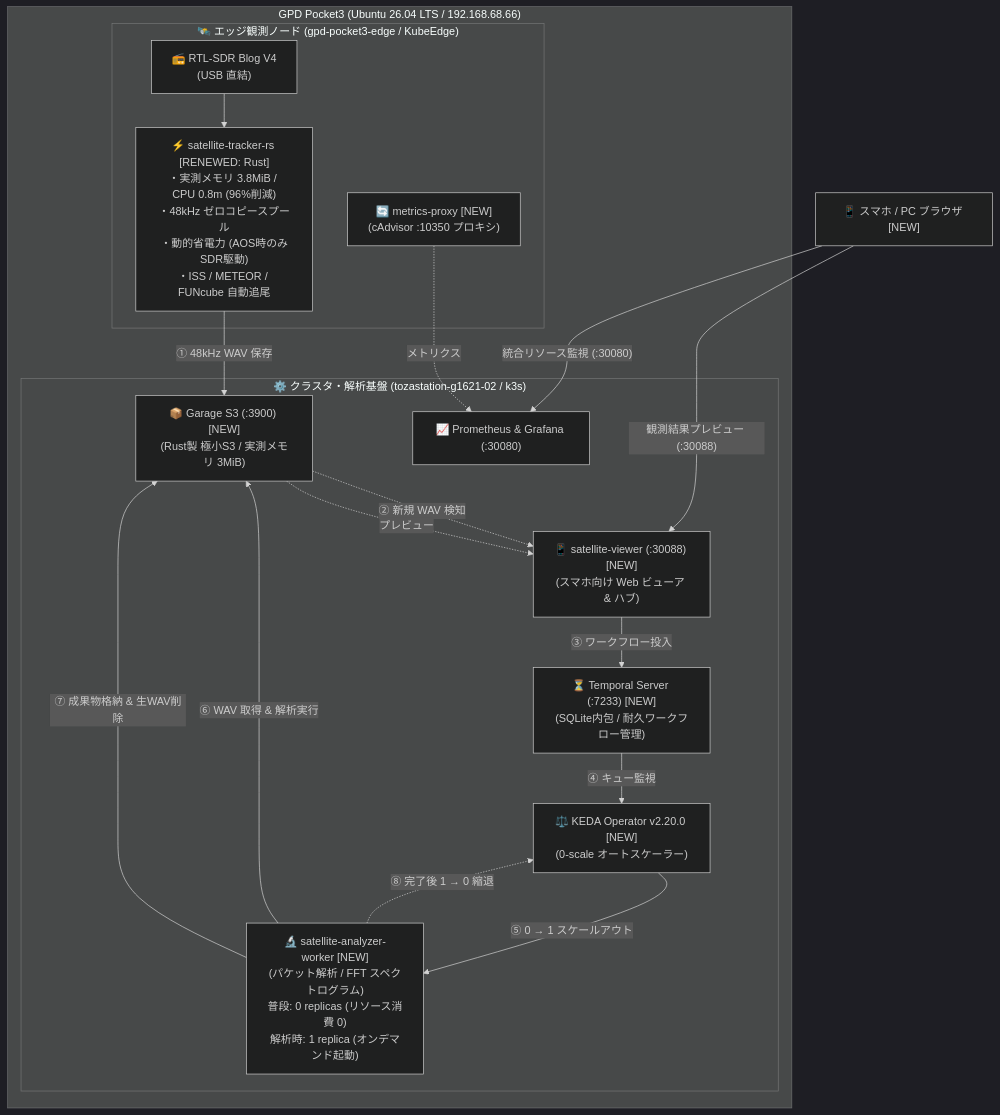
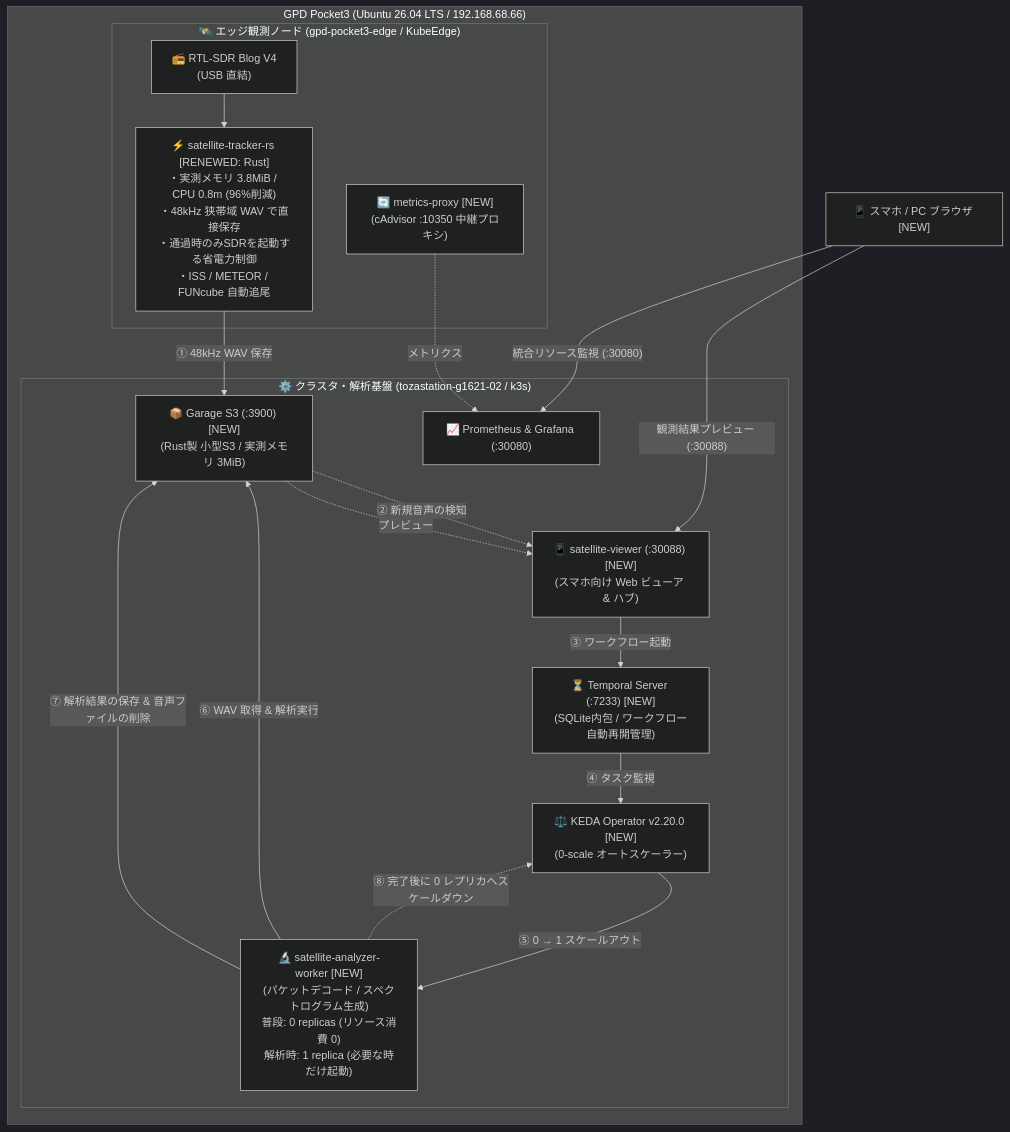
The second of 2 diagrams in docs/articles/qiita_kubeedge_pipeline.md (tozastation/radio-astronomy), drawn with Mermaid (dark theme) before and after one commit. The commit also changed other lines of this file, not shown here.

````diff
--- a/docs/articles/qiita_kubeedge_pipeline.md
+++ b/docs/articles/qiita_kubeedge_pipeline.md
@@ -88,35 +88,35 @@
 ```mermaid
 flowchart TB
     subgraph Host["GPD Pocket3 (Ubuntu 26.04 LTS / 192.168.68.66)"]
         subgraph EdgeSide["🛰️ エッジ観測ノード (gpd-pocket3-edge / KubeEdge)"]
             RTLSDR["📻 RTL-SDR Blog V4<br/>(USB 直結)"]
-            TrackerNew["⚡ satellite-tracker-rs [RENEWED: Rust]<br/>・実測メモリ 3.8MiB / CPU 0.8m (96%削減)<br/>・48kHz ゼロコピースプール<br/>・動的省電力 (AOS時のみSDR駆動)<br/>・ISS / METEOR / FUNcube 自動追尾"]
-            Proxy["🔄 metrics-proxy [NEW]<br/>(cAdvisor :10350 プロキシ)"]
+            TrackerNew["⚡ satellite-tracker-rs [RENEWED: Rust]<br/>・実測メモリ 3.8MiB / CPU 0.8m (96%削減)<br/>・48kHz 狭帯域 WAV で直接保存<br/>・通過時のみSDRを起動する省電力制御<br/>・ISS / METEOR / FUNcube 自動追尾"]
+            Proxy["🔄 metrics-proxy [NEW]<br/>(cAdvisor :10350 中継プロキシ)"]
             RTLSDR --> TrackerNew
         end
 
         subgraph CloudSide["⚙️ クラスタ・解析基盤 (tozastation-g1621-02 / k3s)"]
-            Garage["📦 Garage S3 (:3900) [NEW]<br/>(Rust製 極小S3 / 実測メモリ 3MiB)"]
-            Temporal["⏳ Temporal Server (:7233) [NEW]<br/>(SQLite内包 / 耐久ワークフロー管理)"]
+            Garage["📦 Garage S3 (:3900) [NEW]<br/>(Rust製 小型S3 / 実測メモリ 3MiB)"]
+            Temporal["⏳ Temporal Server (:7233) [NEW]<br/>(SQLite内包 / ワークフロー自動再開管理)"]
             KEDA["⚖️ KEDA Operator v2.20.0 [NEW]<br/>(0-scale オートスケーラー)"]
-            Worker["🔬 satellite-analyzer-worker [NEW]<br/>(パケット解析 / FFT スペクトログラム)<br/>普段: 0 replicas (リソース消費 0)<br/>解析時: 1 replica (オンデマンド起動)"]
+            Worker["🔬 satellite-analyzer-worker [NEW]<br/>(パケットデコード / スペクトログラム生成)<br/>普段: 0 replicas (リソース消費 0)<br/>解析時: 1 replica (必要な時だけ起動)"]
             Viewer["📱 satellite-viewer (:30088) [NEW]<br/>(スマホ向け Web ビューア & ハブ)"]
             Prometheus["📈 Prometheus & Grafana (:30080)"]
 
             TrackerNew -->|"① 48kHz WAV 保存"| Garage
-            Garage -.->|"② 新規 WAV 検知"| Viewer
-            Viewer -->|"③ ワークフロー投入"| Temporal
-            Temporal -->|"④ キュー監視"| KEDA
+            Garage -.->|"② 新規音声の検知"| Viewer
+            Viewer -->|"③ ワークフロー起動"| Temporal
+            Temporal -->|"④ タスク監視"| KEDA
             KEDA -->|"⑤ 0 → 1 スケールアウト"| Worker
             Worker -->|"⑥ WAV 取得 & 解析実行"| Garage
-            Worker -->|"⑦ 成果物格納 & 生WAV削除"| Garage
-            Worker -.->|"⑧ 完了後 1 → 0 縮退"| KEDA
+            Worker -->|"⑦ 解析結果の保存 & 音声ファイルの削除"| Garage
+            Worker -.->|"⑧ 完了後に 0 レプリカへスケールダウン"| KEDA
             Proxy -.->|"メトリクス"| Prometheus
             Garage -.->|"プレビュー"| Viewer
         end
     end
 
     UserPhone["📱 スマホ / PC ブラウザ [NEW]"]
     UserPhone -->|"観測結果プレビュー (:30088)"| Viewer
     UserPhone -->|"統合リソース監視 (:30080)"| Prometheus
 ```
````
